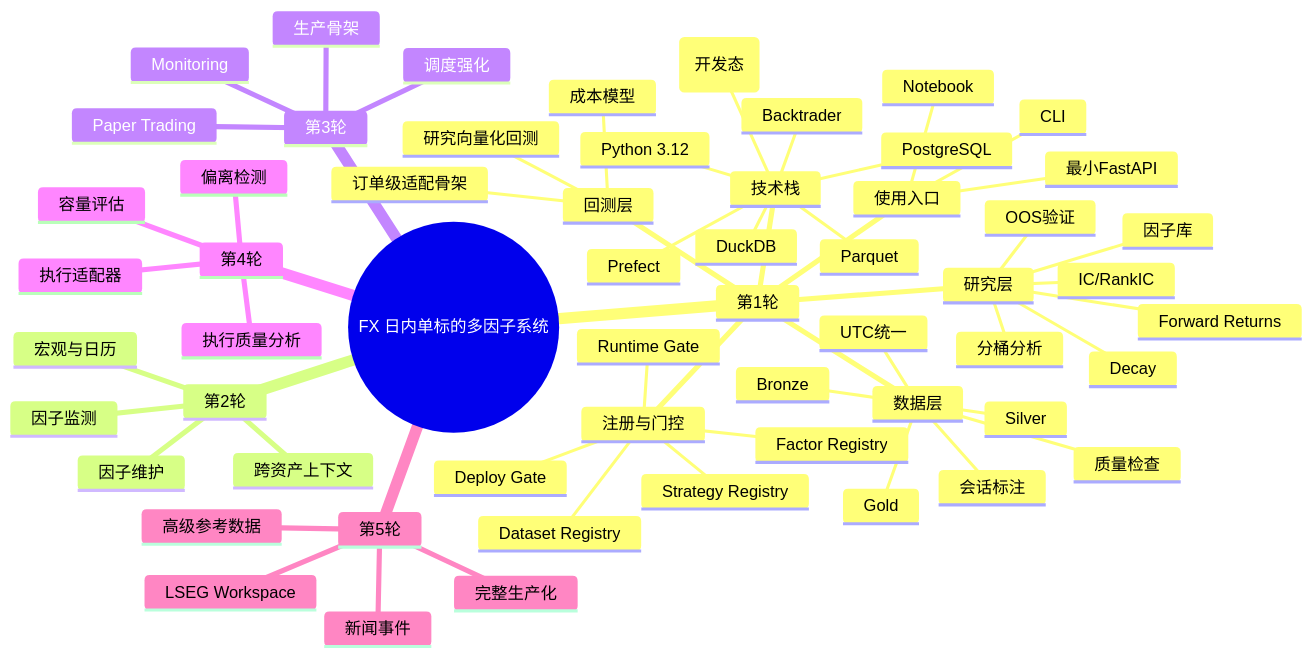
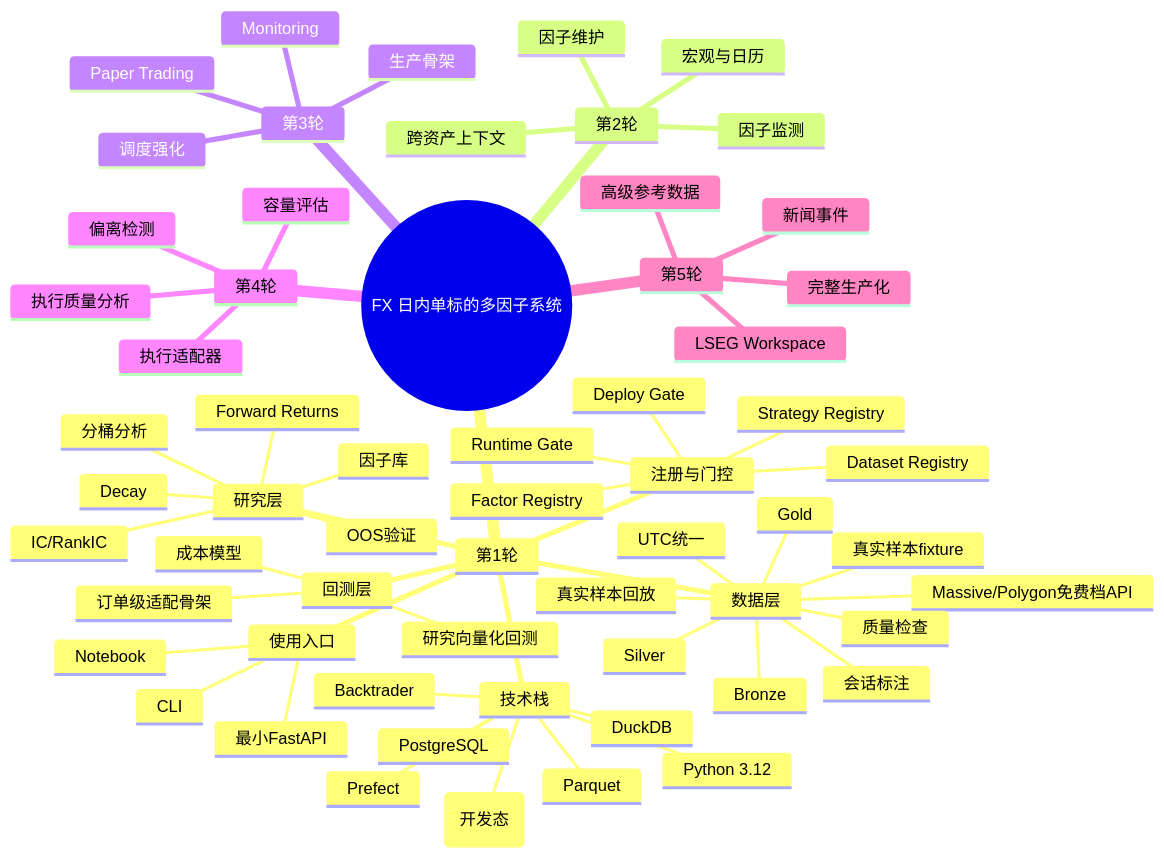
The diagram in architecture_mindmap.md (yangxiamike/FX-Intraday-MultiFactor), drawn with Mermaid before and after one commit. The commit also changed 19 other files, not shown here.

````diff
--- a/architecture_mindmap.md
+++ b/architecture_mindmap.md
@@ -11,61 +11,64 @@
 ```mermaid
 mindmap
   root((FX 日内单标的多因子系统))
     第1轮
       数据层
+        Massive/Polygon免费档API
+        真实样本fixture
+        真实样本回放
         Bronze
         Silver
         Gold
         UTC统一
         会话标注
         质量检查
       研究层
         因子库
         Forward Returns
         IC/RankIC
         分桶分析
         Decay
         OOS验证
       回测层
         研究向量化回测
         成本模型
         订单级适配骨架
       注册与门控
         Dataset Registry
         Factor Registry
         Strategy Registry
         Deploy Gate
         Runtime Gate
       使用入口
         Notebook
         CLI
         最小FastAPI
       技术栈
         Python 3.12
         DuckDB
         Parquet
         PostgreSQL
         sqlite(开发态)
         Prefect
         Backtrader
     第2轮
       宏观与日历
       因子维护
       因子监测
       跨资产上下文
     第3轮
       调度强化
       Monitoring
       Paper Trading
       生产骨架
     第4轮
       执行适配器
       容量评估
       偏离检测
       执行质量分析
     第5轮
       新闻事件
       LSEG Workspace
       高级参考数据
       完整生产化
 ```
````
